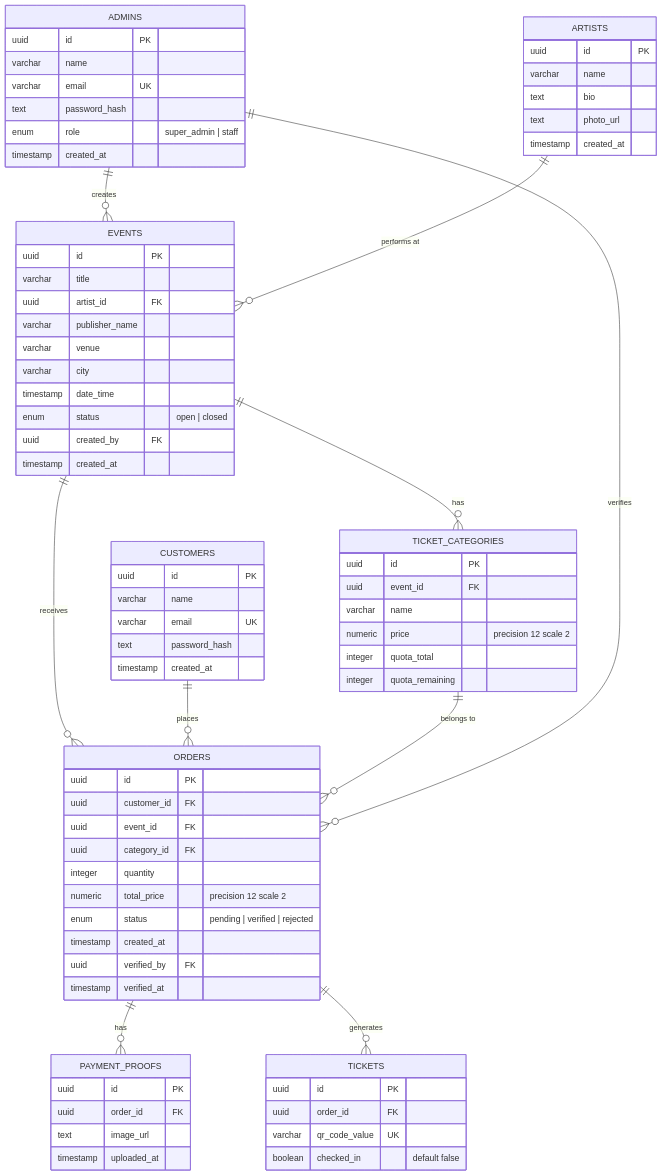
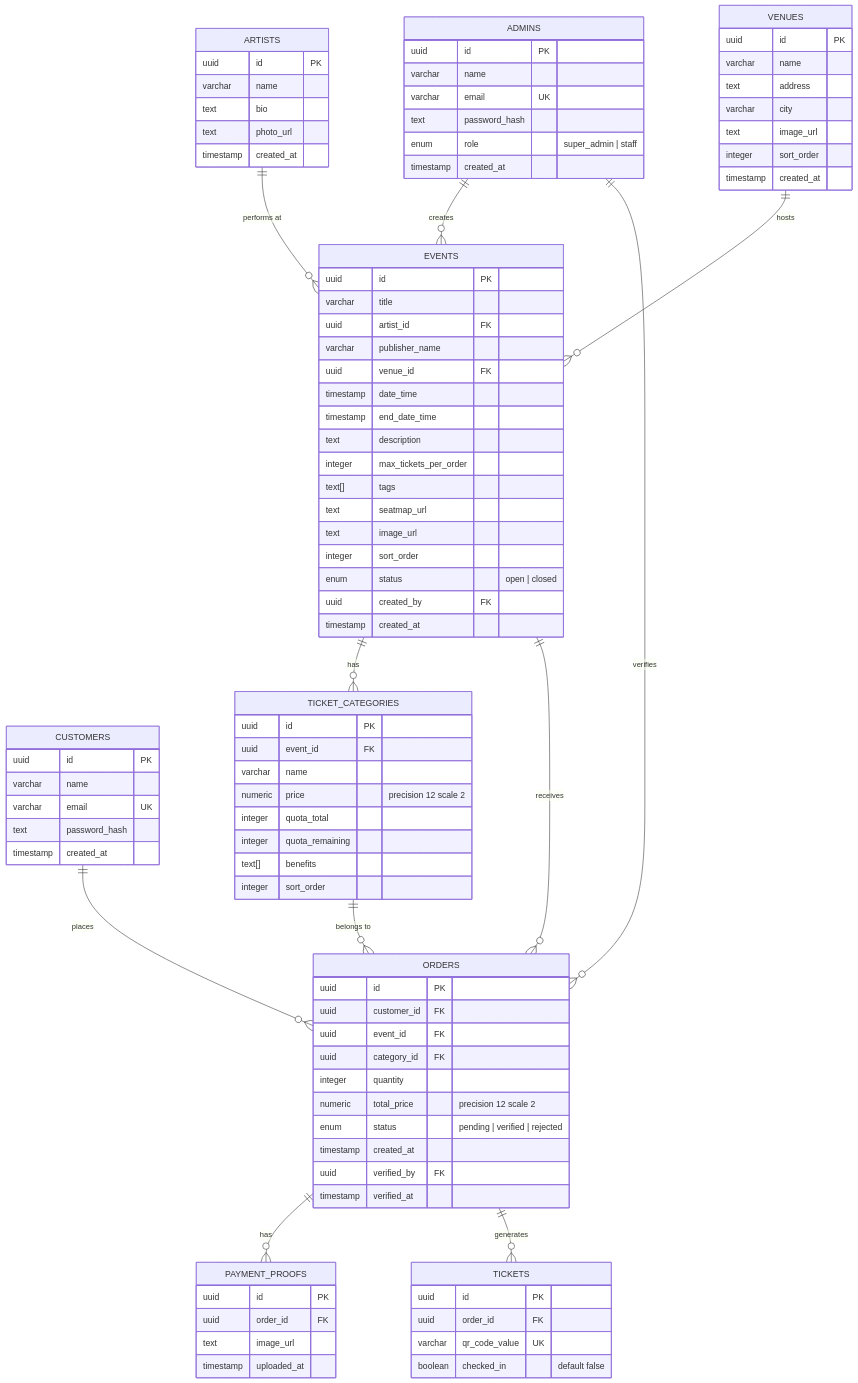
Before and after one commit to Artdi222/GG-Tix: the third of 7 diagrams in prd/GG Tix - Dokumen Konsep Lengkap.md, drawn with Mermaid. The commit also changed other lines of this file and 12 other files, not shown here.

```diff
--- a/prd/GG Tix - Dokumen Konsep Lengkap.md
+++ b/prd/GG Tix - Dokumen Konsep Lengkap.md
@@ -234,14 +242,30 @@
         timestamp created_at
     }
 
+    VENUES {
+        uuid id PK
+        varchar name
+        text address
+        varchar city
+        text image_url
+        integer sort_order
+        timestamp created_at
+    }
+
     EVENTS {
         uuid id PK
         varchar title
         uuid artist_id FK
         varchar publisher_name
-        varchar venue
-        varchar city
+        uuid venue_id FK
         timestamp date_time
+        timestamp end_date_time
+        text description
+        integer max_tickets_per_order
+        text[] tags
+        text seatmap_url
+        text image_url
+        integer sort_order
         enum status "open | closed"
         uuid created_by FK
         timestamp created_at
@@ -254,6 +278,8 @@
         numeric price "precision 12 scale 2"
         integer quota_total
         integer quota_remaining
+        text[] benefits
+        integer sort_order
     }
 
     ORDERS {
@@ -285,6 +311,7 @@
 
     ADMINS ||--o{ EVENTS : "creates"
     ARTISTS ||--o{ EVENTS : "performs at"
+    VENUES ||--o{ EVENTS : "hosts"
     EVENTS ||--o{ TICKET_CATEGORIES : "has"
     EVENTS ||--o{ ORDERS : "receives"
     CUSTOMERS ||--o{ ORDERS : "places"
```
